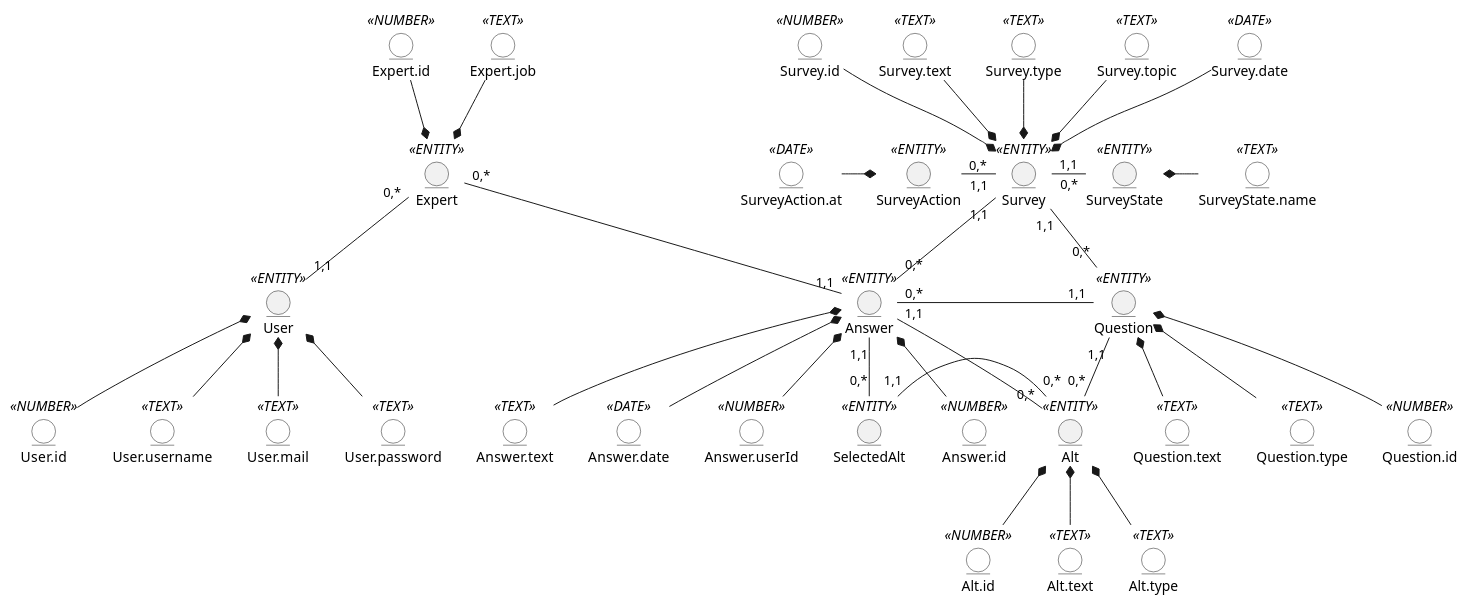
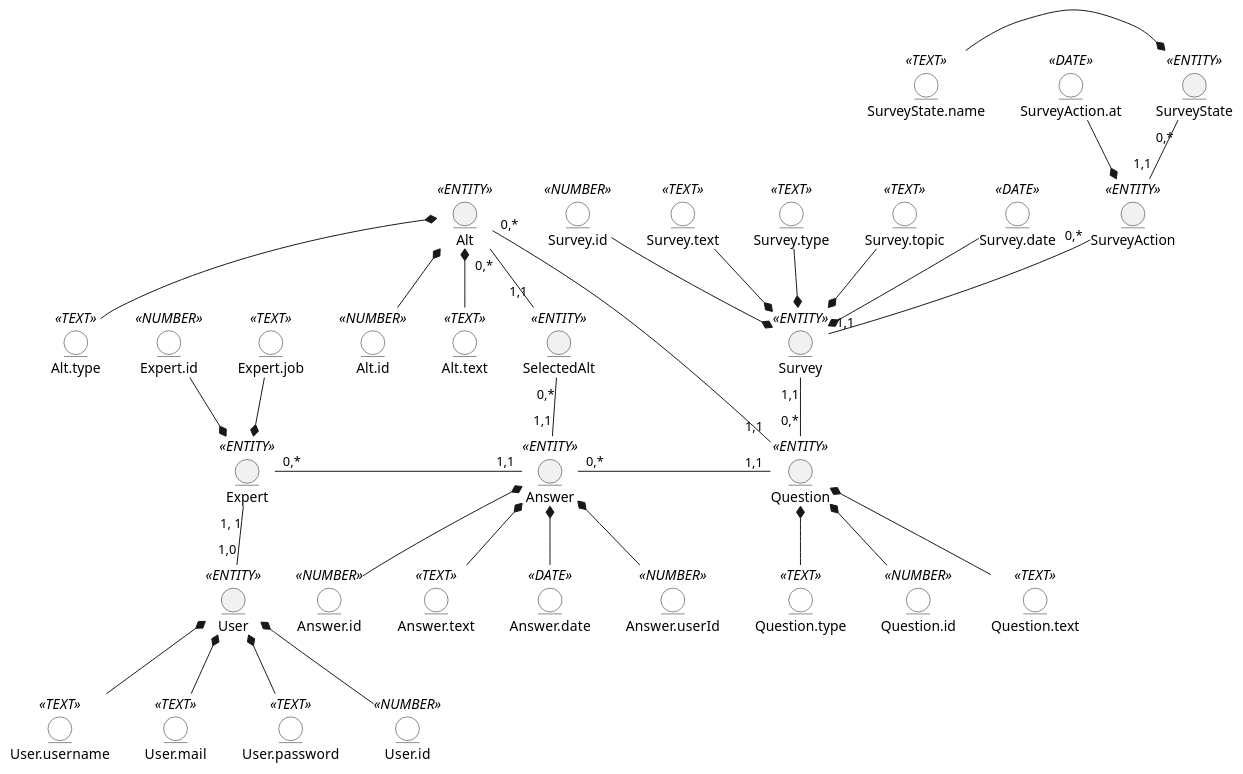
One commit to chuenkoD/expert-surveys changed the first of 2 diagrams in docs/design/README.md. Above: the diagram before and after it, drawn with PlantUML. The commit also changed other lines of this file, not shown here.

Commit message:
Update diagrams

```diff
--- a/docs/design/README.md
+++ b/docs/design/README.md
@@ -106,5 +104,5 @@
 @startuml
-  entity SelectedAlt <<ENTITY>>
+entity SelectedAlt <<ENTITY>>
 
   entity Alt <<ENTITY>>
   entity Alt.id <<NUMBER>> #ffffff
@@ -157,9 +155,9 @@
   Alt.text -u-* Alt
   Alt.type -u-* Alt
 
-  SurveyState.name -l-* SurveyState
+  SurveyState.name -r-* SurveyState
 
-  SurveyAction.at -r-* SurveyAction
+  SurveyAction.at -d-* SurveyAction
 
   Answer.id -u-* Answer
   Answer.text -u-* Answer
@@ -177,15 +175,13 @@
   Survey.date -d-* Survey
 
 
-  User "1,1" -u- "0,*" Expert
-  Expert "0,*"-d- "1,1" Answer
+  User "1,0" -u- "1, 1" Expert
+  Expert "0,*"-r- "1,1" Answer
   Question"1,1"-l- "0,*" Answer
-  Survey "1,1" -d- "0,*" Answer
   Survey "1,1" -d- "0,*" Question
-  Survey "1,1" -r- "0,*" SurveyState
-  Survey "1,1" -l- "0,*" SurveyAction
+  Survey "1,1" -u- "0,*" SurveyAction
+  SurveyAction"1,1" -u- "0,*" SurveyState
   Question "1,1" -d- "0,*" Alt
-  Answer"1,1" -d- "0,*" Alt
-  Answer"1,1" -d- "0,*" SelectedAlt
-  SelectedAlt"1,1"-r- "0,*"Alt
+  Answer"1,1" -u- "0,*" SelectedAlt
+  SelectedAlt"1,1"-u- "0,*"Alt
 @enduml
```
